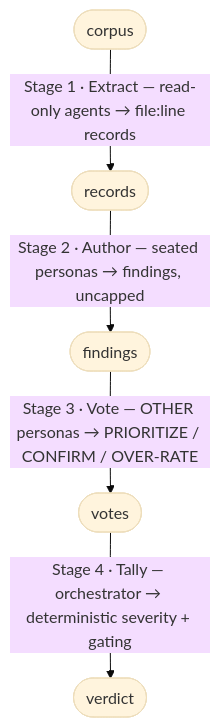
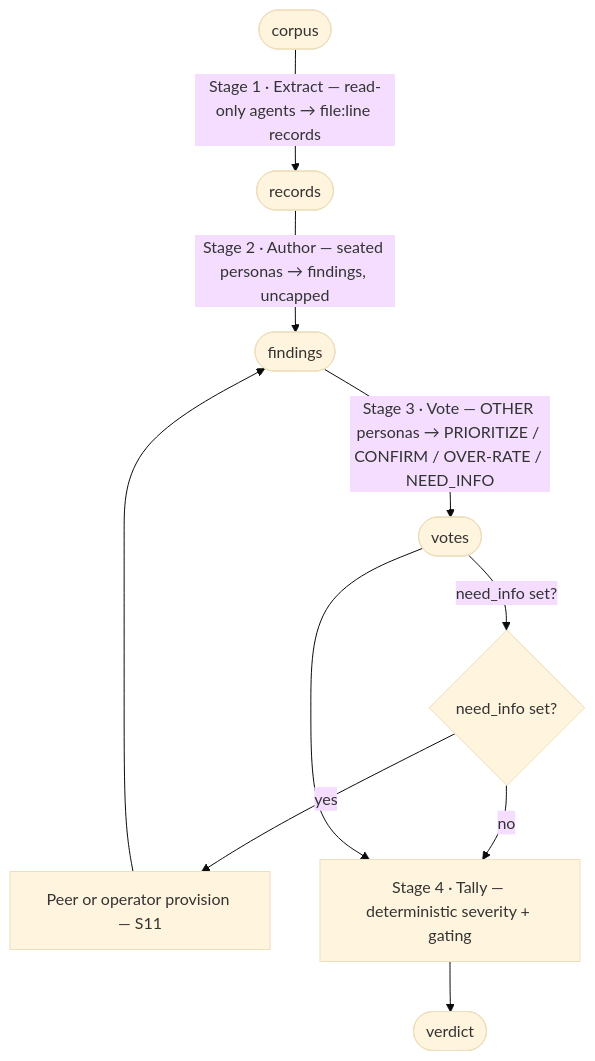
The first of 2 diagrams in skill/chorus-core/GATE-PRIMITIVE.md (zaytsevand/chorus), drawn with Mermaid (base theme) before and after one commit. The commit also changed other lines of this file and 8 other files, not shown here.

````diff
--- a/skill/chorus-core/GATE-PRIMITIVE.md
+++ b/skill/chorus-core/GATE-PRIMITIVE.md
@@ -17,7 +17,12 @@
 ```mermaid
 flowchart TD
     corpus([corpus]) -->|"Stage 1 · Extract — read-only agents → file:line records"| records([records])
     records -->|"Stage 2 · Author — seated personas → findings, uncapped"| findings([findings])
-    findings -->|"Stage 3 · Vote — OTHER personas → PRIORITIZE / CONFIRM / OVER-RATE"| votes([votes])
-    votes -->|"Stage 4 · Tally — orchestrator → deterministic severity + gating"| verdict([verdict])
+    findings -->|"Stage 3 · Vote — OTHER personas → PRIORITIZE / CONFIRM / OVER-RATE / NEED_INFO"| votes([votes])
+    votes -->|"need_info set?"| needinfo{need_info set?}
+    needinfo -->|yes| resolve[Peer or operator provision — S11]
+    resolve --> findings
+    needinfo -->|no| tally
+    votes --> tally["Stage 4 · Tally — deterministic severity + gating"]
+    tally --> verdict([verdict])
 ```
````
